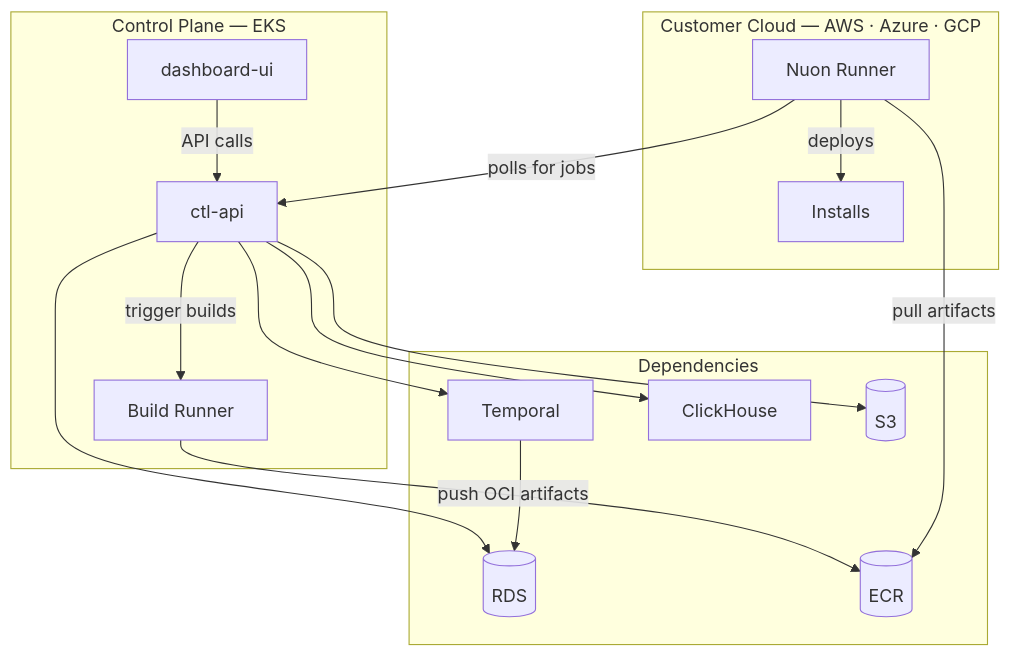
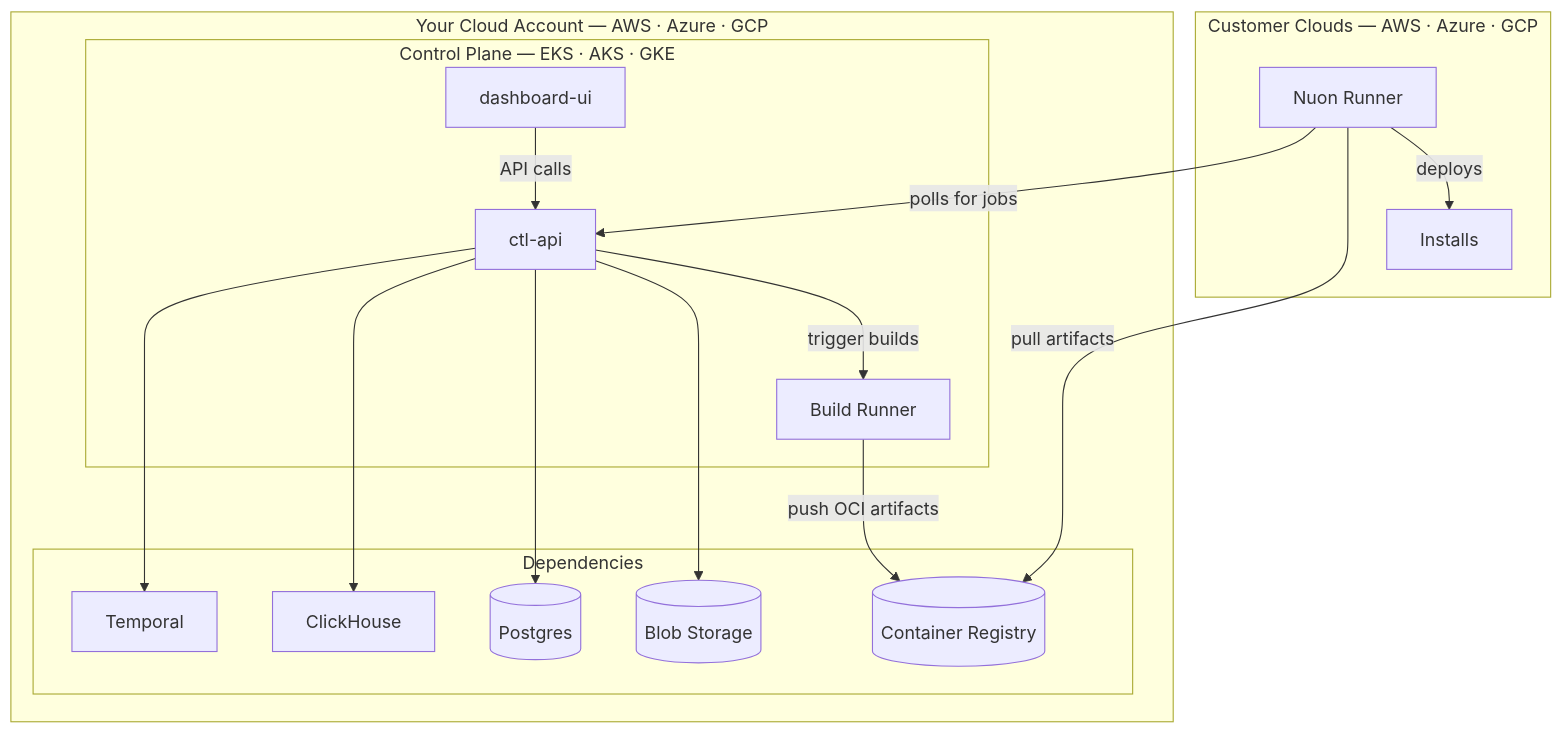
The diagram in docs/guides/self-hosted.mdx (rrahul-1/nuon), drawn with Mermaid before and after one commit. The commit also changed other lines of this file and 21 other files, not shown here.

First line of the commit message:
feat(docs): clarify BYOC vs Nuon Cloud deployment, draft GCP guide, erase preambles (#1177)

````diff
--- a/docs/guides/self-hosted.mdx
+++ b/docs/guides/self-hosted.mdx
@@ -12,34 +18,35 @@
 ```mermaid
 flowchart TD
-    subgraph CP["Control Plane — EKS"]
-        DASH["dashboard-ui"]
-        CTL["ctl-api"]
-        BR["Build Runner"]
+    subgraph YourCloud["Your Cloud Account — AWS · Azure · GCP"]
+        subgraph CP["Control Plane — EKS · AKS · GKE"]
+            DASH["dashboard-ui"]
+            CTL["ctl-api"]
+            BR["Build Runner"]
+        end
+
+        subgraph Deps["Dependencies"]
+            TMP["Temporal"]
+            CH["ClickHouse"]
+            DB[("Postgres")]
+            REG[("Container Registry")]
+            BLOB[("Blob Storage")]
+        end
     end
 
-    subgraph Deps["Dependencies"]
-        TMP["Temporal"]
-        CH["ClickHouse"]
-        RDS[("RDS")]
-        S3[("S3")]
-        ECR[("ECR")]
-    end
-
-    subgraph Customers["Customer Cloud — AWS · Azure · GCP"]
+    subgraph EndCustomers["Customer Clouds — AWS · Azure · GCP"]
         R["Nuon Runner"]
         I["Installs"]
     end
 
     DASH -->|"API calls"| CTL
     CTL --> TMP
     CTL --> CH
-    CTL --> RDS
-    CTL --> S3
+    CTL --> DB
+    CTL --> BLOB
     CTL -->|"trigger builds"| BR
-    TMP --> RDS
-    BR -->|"push OCI artifacts"| ECR
+    BR -->|"push OCI artifacts"| REG
 
     R -->|"polls for jobs"| CTL
-    R -->|"pull artifacts"| ECR
+    R -->|"pull artifacts"| REG
     R -->|"deploys"| I
 ```
````
